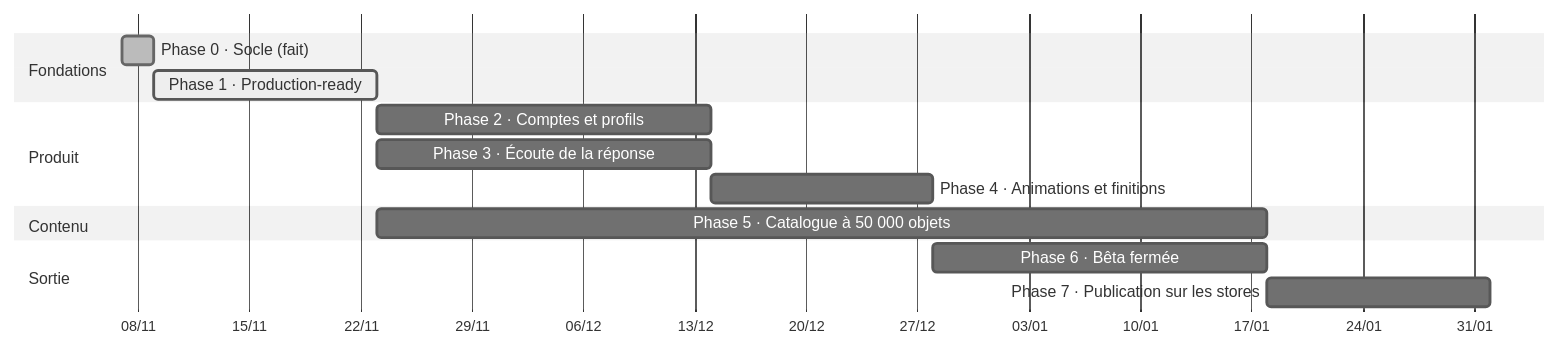
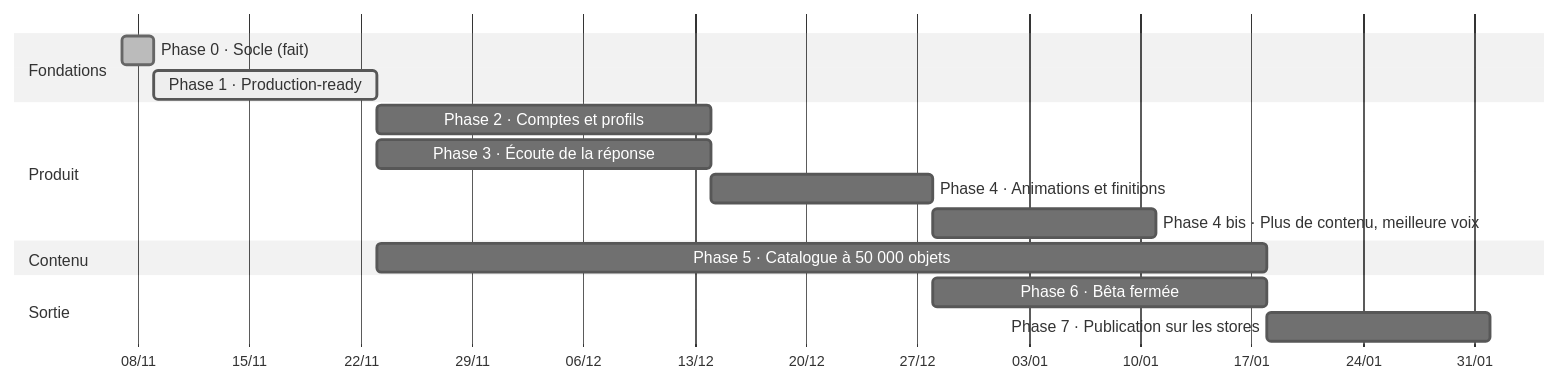
Before and after one commit to Iso-Doss/imagier-parlant: the diagram in docs/06-plan.md, drawn with Mermaid (neutral theme). The commit also changed other lines of this file and 11 other files, not shown here.

First line of the commit message:
Voix : la plus naturelle installée, choix du parent et débit adapté (#10)

````diff
--- a/docs/06-plan.md
+++ b/docs/06-plan.md
@@ -10,17 +10,18 @@
 ```mermaid
 gantt
   dateFormat YYYY-MM-DD
   axisFormat %d/%m
   section Fondations
   Phase 0 · Socle (fait)                 :done,    p0, 2026-11-07, 2d
   Phase 1 · Production-ready             :active,  p1, 2026-11-09, 14d
   section Produit
   Phase 2 · Comptes et profils           :         p2, after p1, 21d
   Phase 3 · Écoute de la réponse         :         p3, after p1, 21d
   Phase 4 · Animations et finitions      :         p4, after p3, 14d
+  Phase 4 bis · Plus de contenu, meilleure voix : p4b, after p4, 14d
   section Contenu
   Phase 5 · Catalogue à 50 000 objets    :         p5, after p1, 56d
   section Sortie
   Phase 6 · Bêta fermée                  :         p6, after p4, 21d
   Phase 7 · Publication sur les stores   :         p7, after p6, 14d
 ```
````
